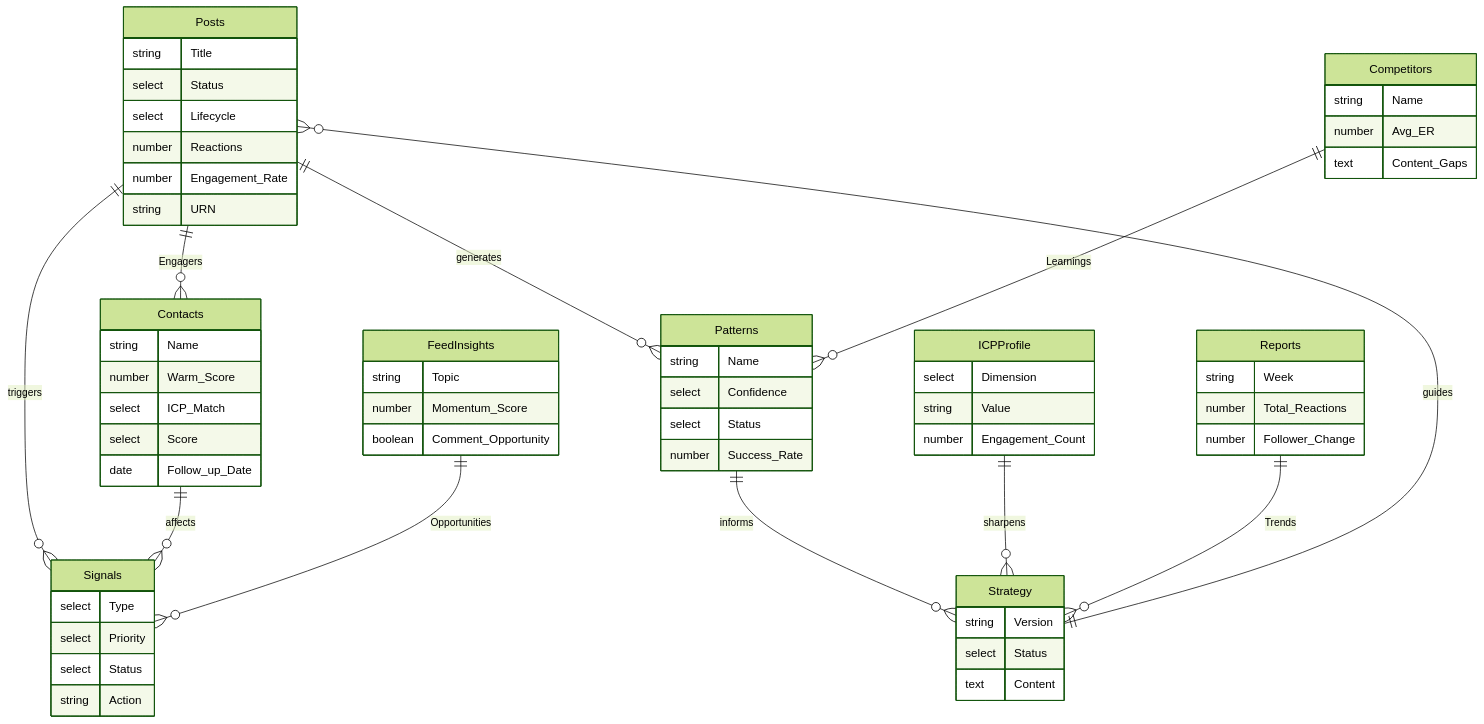
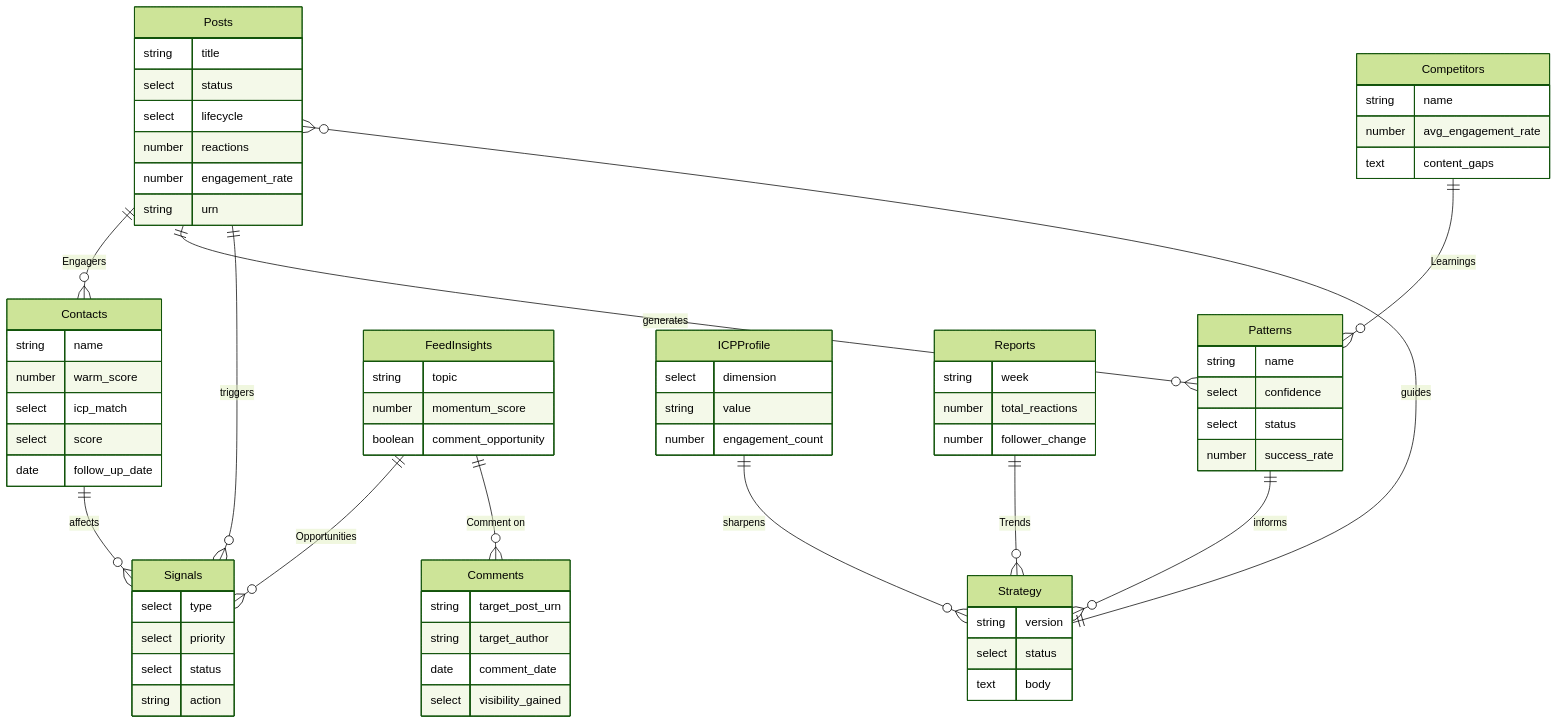
One commit to sabania/linkedin-cli changed the seventh of 8 diagrams in plugin/README.md. Above: the diagram before and after it, drawn with Mermaid (forest theme). The commit also changed other lines of this file, not shown here.

Commit message:
Enhance README with detailed lifecycle transitions, auto-discovery features, and updated data structures for improved clarity and functionality

````diff
--- a/plugin/README.md
+++ b/plugin/README.md
@@ -216,74 +223,82 @@
 ```mermaid
 erDiagram
     Posts ||--o{ Contacts : "Engagers"
     Posts ||--o{ Patterns : "generates"
     Posts ||--o{ Signals : "triggers"
     Contacts ||--o{ Signals : "affects"
     Patterns ||--o{ Strategy : "informs"
     Strategy ||--o{ Posts : "guides"
     Competitors ||--o{ Patterns : "Learnings"
     FeedInsights ||--o{ Signals : "Opportunities"
+    FeedInsights ||--o{ Comments : "Comment on"
     ICPProfile ||--o{ Strategy : "sharpens"
     Reports ||--o{ Strategy : "Trends"
 
     Posts {
-        string Title
-        select Status
-        select Lifecycle
-        number Reactions
-        number Engagement_Rate
-        string URN
+        string title
+        select status
+        select lifecycle
+        number reactions
+        number engagement_rate
+        string urn
     }
 
     Contacts {
-        string Name
-        number Warm_Score
-        select ICP_Match
-        select Score
-        date Follow_up_Date
+        string name
+        number warm_score
+        select icp_match
+        select score
+        date follow_up_date
     }
 
     Patterns {
-        string Name
-        select Confidence
-        select Status
-        number Success_Rate
+        string name
+        select confidence
+        select status
+        number success_rate
     }
 
     Strategy {
-        string Version
-        select Status
-        text Content
+        string version
+        select status
+        text body
     }
 
     Competitors {
-        string Name
-        number Avg_ER
-        text Content_Gaps
+        string name
+        number avg_engagement_rate
+        text content_gaps
     }
 
     Signals {
-        select Type
-        select Priority
-        select Status
-        string Action
+        select type
+        select priority
+        select status
+        string action
     }
 
     FeedInsights {
-        string Topic
-        number Momentum_Score
-        boolean Comment_Opportunity
+        string topic
+        number momentum_score
+        boolean comment_opportunity
+    }
+
+    Comments {
+        string target_post_urn
+        string target_author
+        date comment_date
+        select visibility_gained
     }
 
     ICPProfile {
-        select Dimension
-        string Value
-        number Engagement_Count
+        select dimension
+        string value
+        number engagement_count
     }
 
     Reports {
-        string Week
-        number Total_Reactions
-        number Follower_Change
+        string week
+        number total_reactions
+        number follower_change
     }
 ```
````
